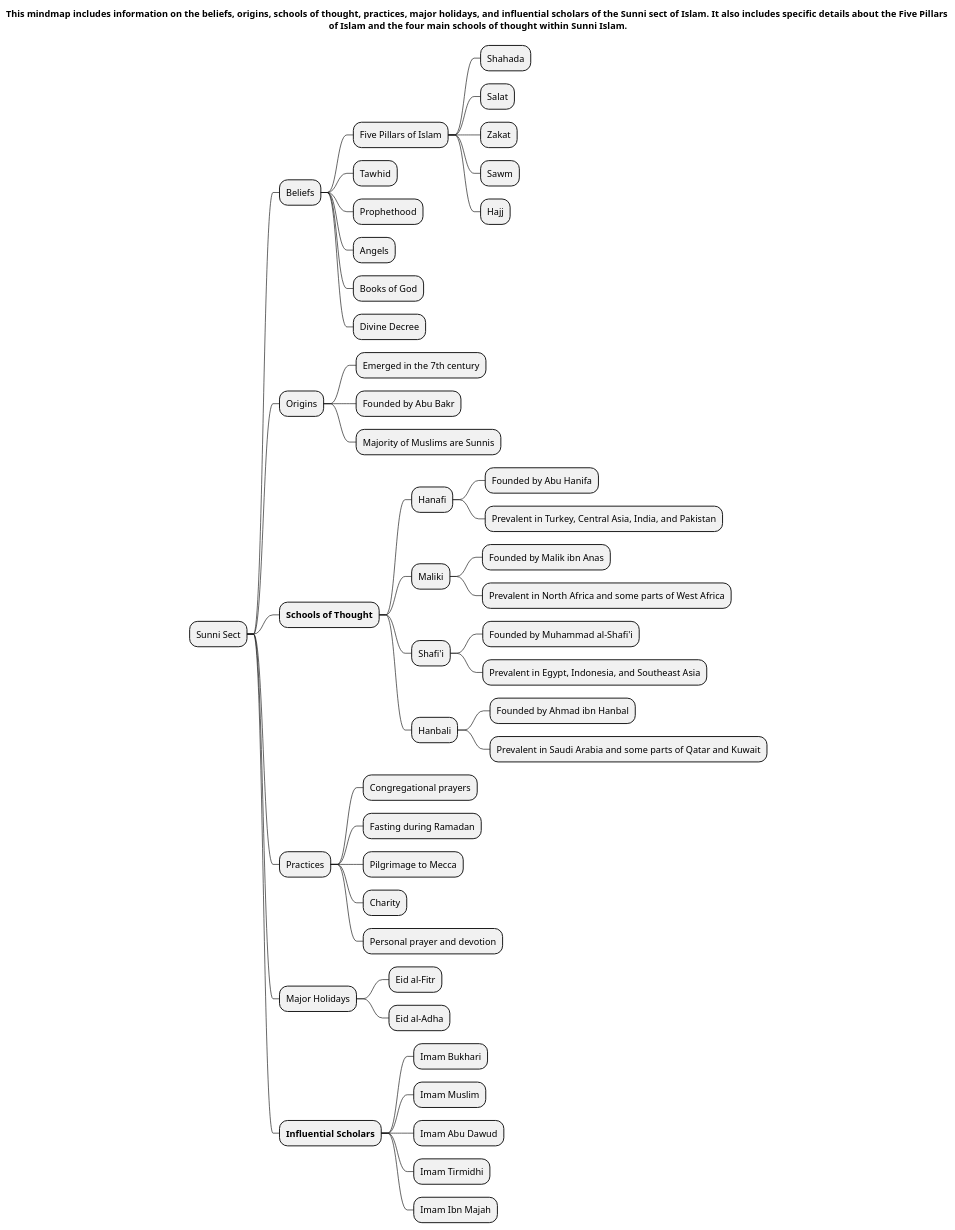
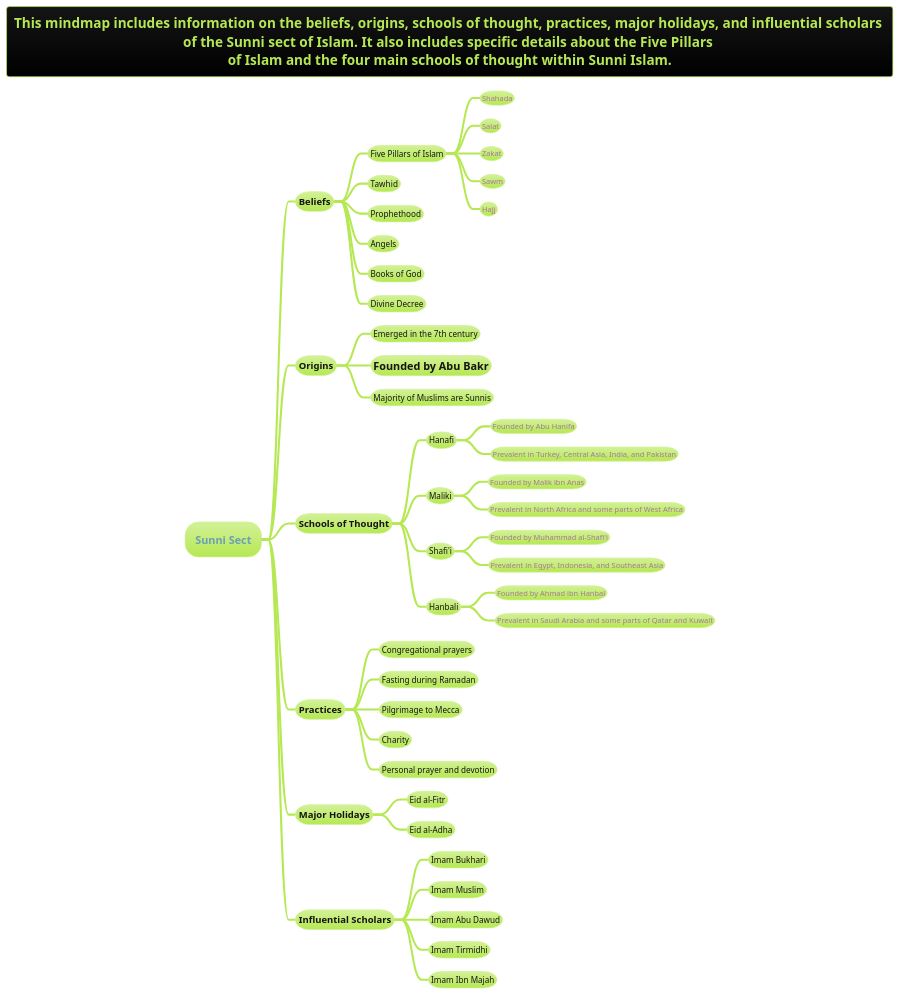
Before and after one commit to MehmoodHashmi/Documentation-as-Code-DaC: the diagram in docs/books/islam/sects/Sunni-Sect.puml, drawn with PlantUML. The commit also changed 13 other files, not shown here.

```diff
--- a/docs/books/islam/sects/Sunni-Sect.puml
+++ b/docs/books/islam/sects/Sunni-Sect.puml
@@ -1,55 +1,52 @@
 @startmindmap
 
-title This mindmap includes information on the beliefs, origins, schools of thought, practices, major holidays, and influential scholars of the Sunni sect of Islam. It also includes specific details about the Five Pillars \nof Islam and the four main schools of thought within Sunni Islam.
-
-
-
-
+!theme hacker
+title This mindmap includes information on the beliefs, origins, schools of thought, practices, major holidays, and influential scholars \nof the Sunni sect of Islam. It also includes specific details about the Five Pillars \nof Islam and the four main schools of thought within Sunni Islam.
 
 
 * Sunni Sect
 ** Beliefs
 *** Five Pillars of Islam
 **** Shahada
 **** Salat
 **** Zakat
 **** Sawm
 **** Hajj
 *** Tawhid
 *** Prophethood
 *** Angels
 *** Books of God
 *** Divine Decree
 ** Origins
 *** Emerged in the 7th century
-*** Founded by Abu Bakr
+*** =Founded by Abu Bakr
 *** Majority of Muslims are Sunnis
 ** **Schools of Thought**
 *** Hanafi
 **** Founded by Abu Hanifa
 **** Prevalent in Turkey, Central Asia, India, and Pakistan
 *** Maliki
 **** Founded by Malik ibn Anas
 **** Prevalent in North Africa and some parts of West Africa
 *** Shafi'i
 **** Founded by Muhammad al-Shafi'i
 **** Prevalent in Egypt, Indonesia, and Southeast Asia
 *** Hanbali
 **** Founded by Ahmad ibn Hanbal
 **** Prevalent in Saudi Arabia and some parts of Qatar and Kuwait
 ** Practices
 *** Congregational prayers
 *** Fasting during Ramadan
 *** Pilgrimage to Mecca
 *** Charity
 *** Personal prayer and devotion
 ** Major Holidays
 *** Eid al-Fitr
 *** Eid al-Adha
 ** **Influential Scholars**
 *** Imam Bukhari
 *** Imam Muslim
 *** Imam Abu Dawud
 *** Imam Tirmidhi
 *** Imam Ibn Majah
 @endmindmap
```
